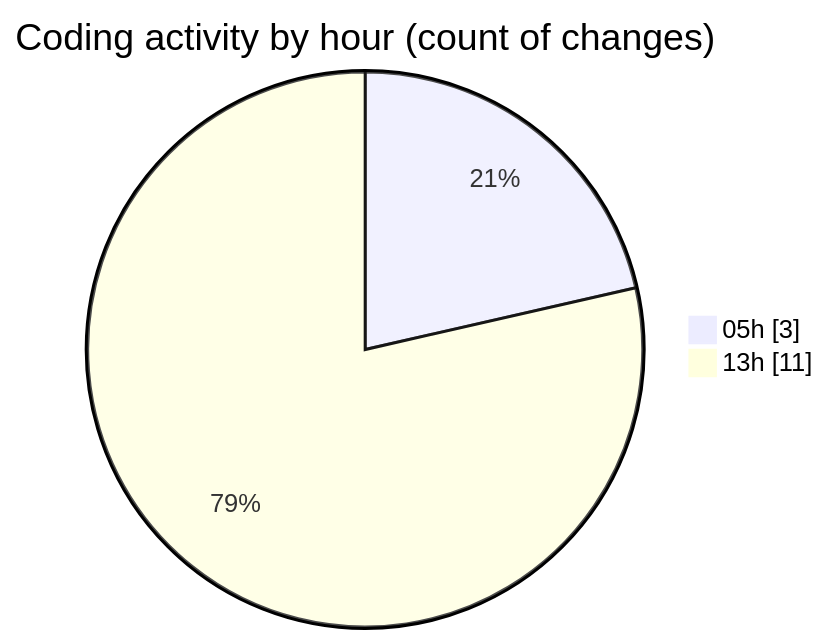
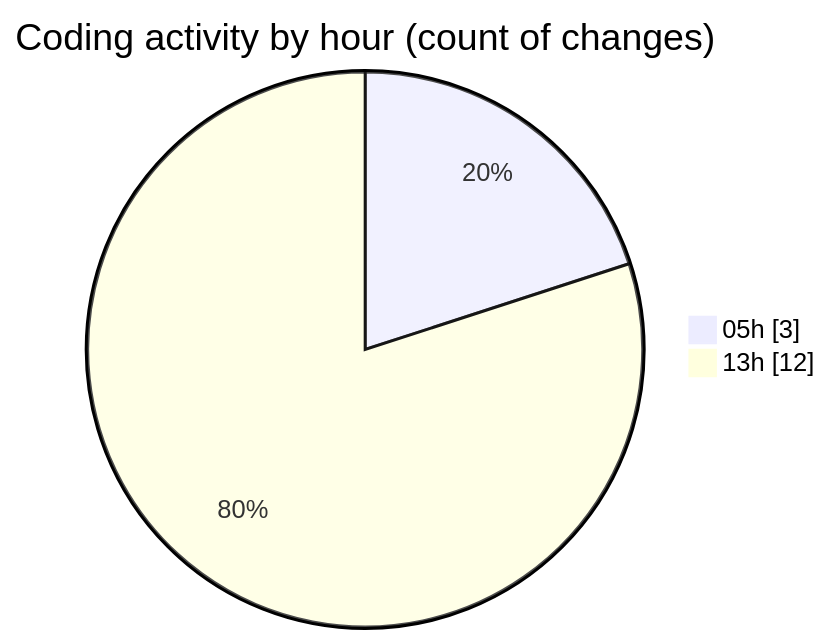
The second of 2 diagrams in 2026-07-11/untitled__workspace_/README.md (shibass792/code-tracking), drawn with Mermaid before and after one commit. The commit also changed other lines of this file and 1 other file, not shown here.

````diff
--- a/2026-07-11/untitled__workspace_/README.md
+++ b/2026-07-11/untitled__workspace_/README.md
@@ -28,6 +28,6 @@
 ```mermaid
 pie showData
 title Coding activity by hour (count of changes)
 "05h" : 3
-"13h" : 11
+"13h" : 12
 ```
````
